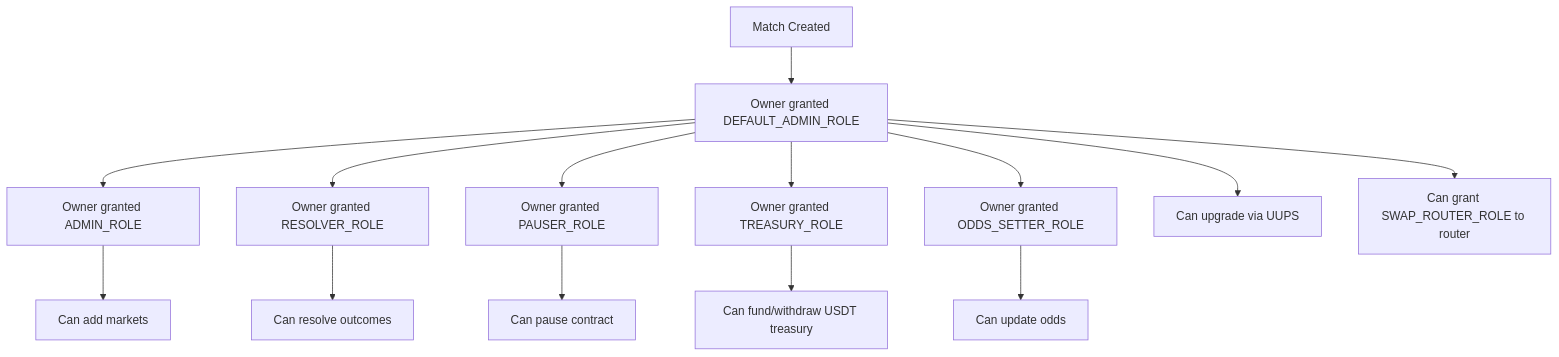
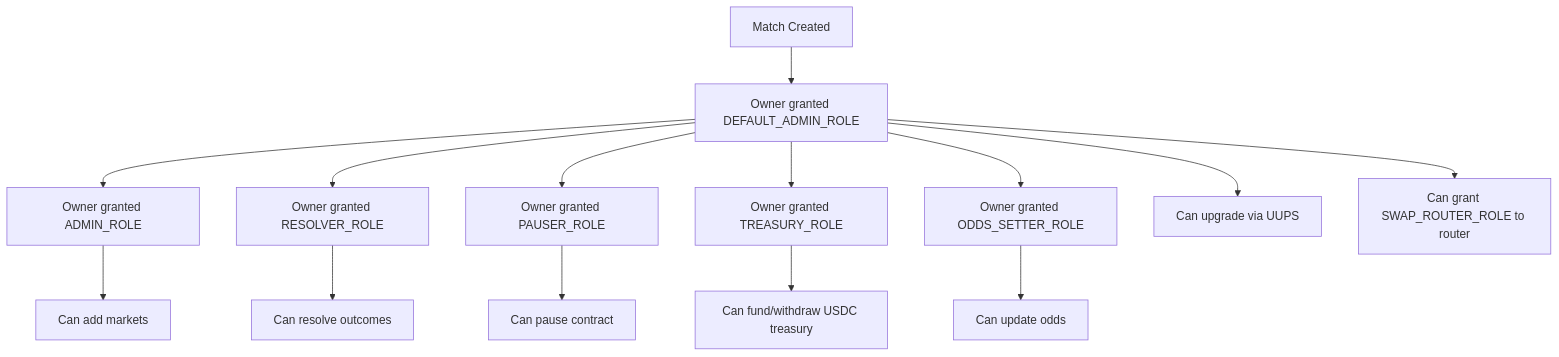
One commit to ChilizTV/smart-contracts changed the third of 3 diagrams in ARCHITECTURE.md. Above: the diagram before and after it, drawn with Mermaid. The commit also changed other lines of this file and 1 other file, not shown here.

Commit message:
📝 Architecture and audit

````diff
--- a/ARCHITECTURE.md
+++ b/ARCHITECTURE.md
@@ -414,16 +414,16 @@
 ```mermaid
 graph TD
     A[Match Created] --> B[Owner granted DEFAULT_ADMIN_ROLE]
     B --> C[Owner granted ADMIN_ROLE]
     B --> D[Owner granted RESOLVER_ROLE]
     B --> E[Owner granted PAUSER_ROLE]
     B --> F[Owner granted TREASURY_ROLE]
     B --> G[Owner granted ODDS_SETTER_ROLE]
     C --> H[Can add markets]
     G --> I[Can update odds]
     D --> J[Can resolve outcomes]
     E --> K[Can pause contract]
-    F --> L[Can fund/withdraw USDT treasury]
+    F --> L[Can fund/withdraw USDC treasury]
     B --> M[Can upgrade via UUPS]
     B --> N[Can grant SWAP_ROUTER_ROLE to router]
 ```
````
